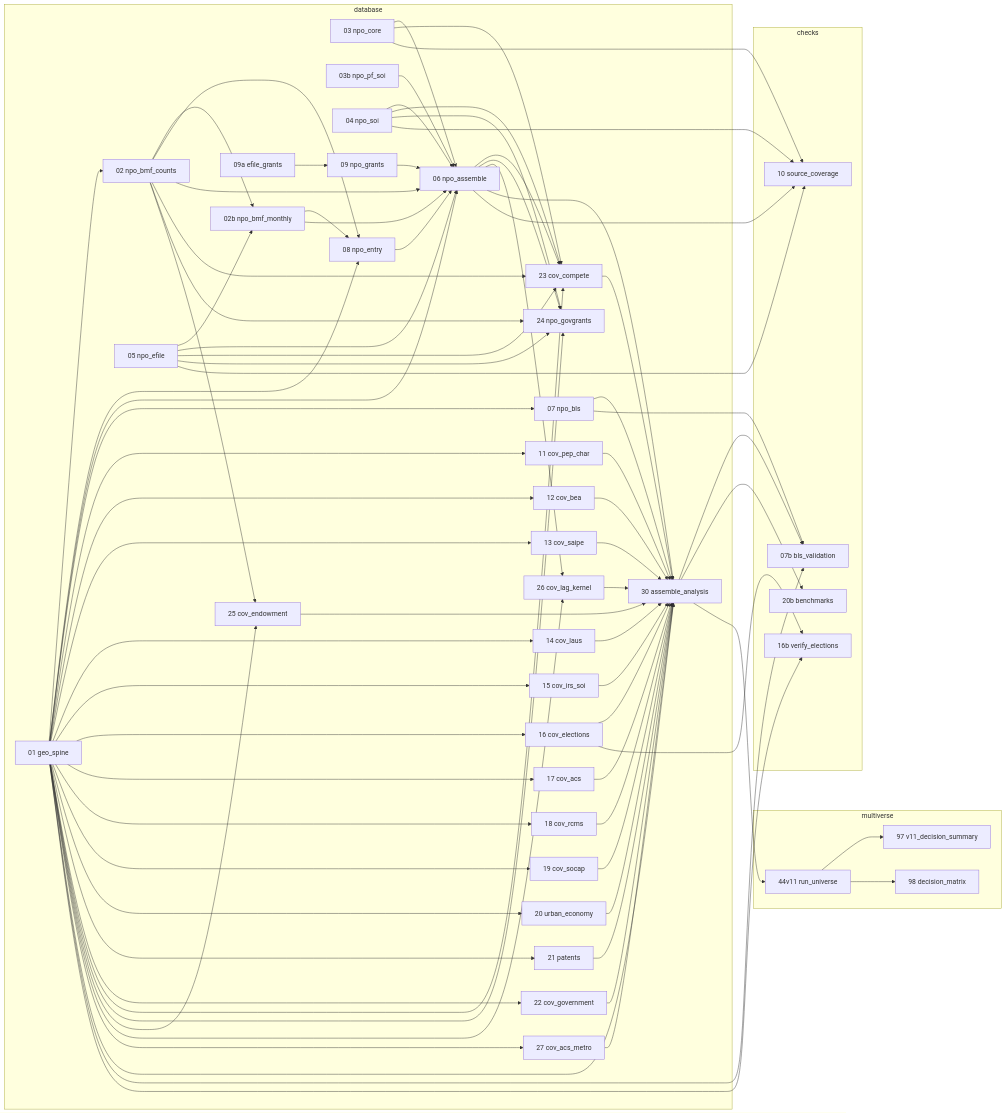
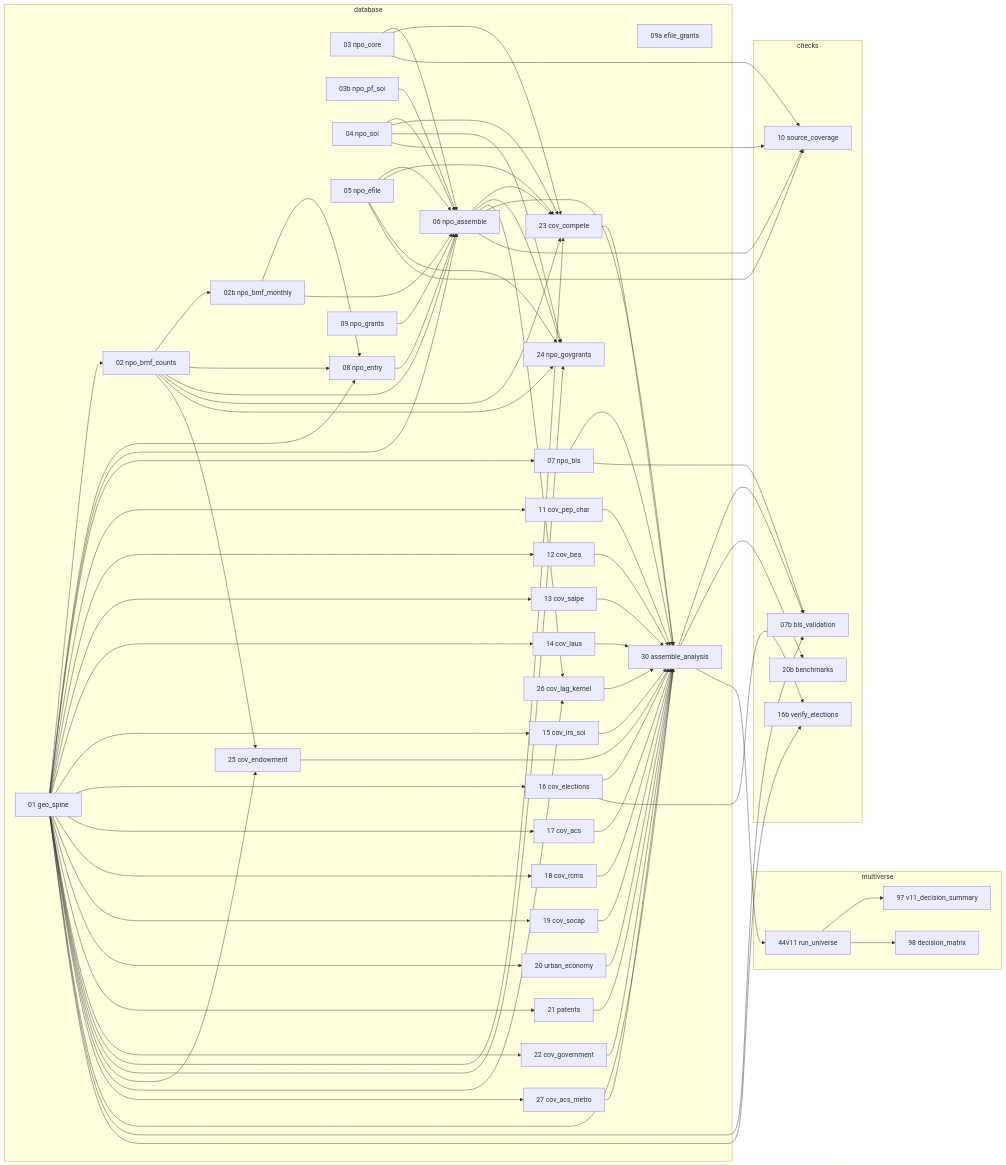
Before and after one commit to lecy/multiverse: the diagram in env/pipeline_graph.md, drawn with Mermaid. The commit also changed 6 other files, not shown here.

```diff
--- a/env/pipeline_graph.md
+++ b/env/pipeline_graph.md
@@ -50,11 +50,9 @@
   end
   s01 --> s02
   s02 --> s02b
-  s05 --> s02b
   s01 --> s08
   s02 --> s08
   s02b --> s08
-  s09a --> s09
   s03 --> s06
   s04 --> s06
   s03b --> s06
```
